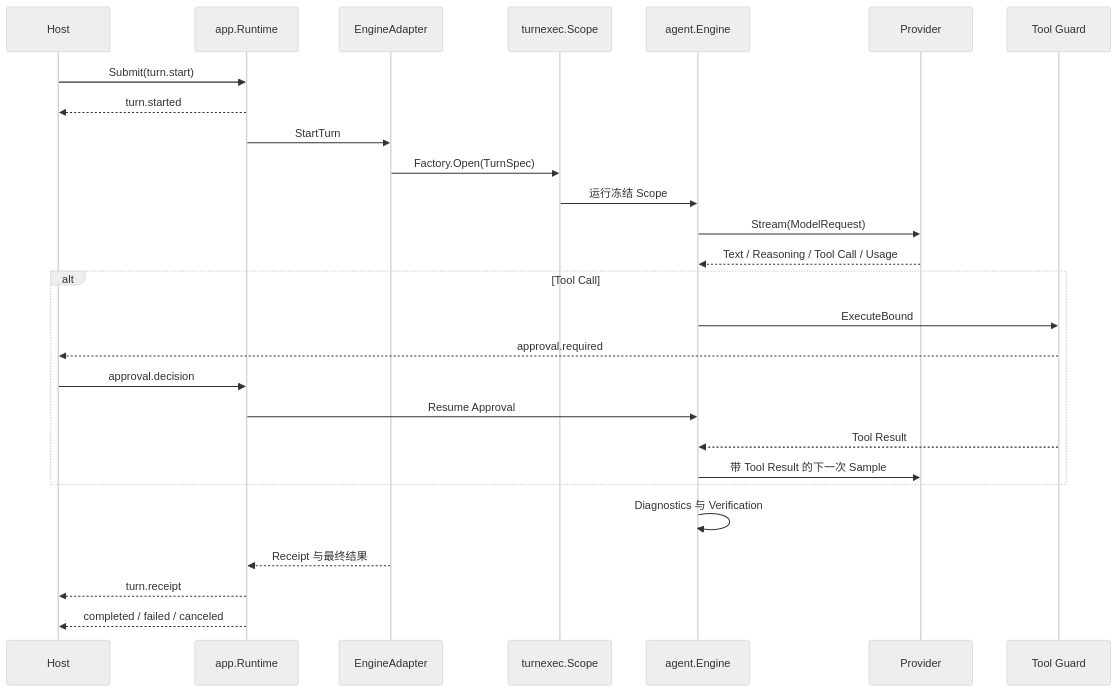
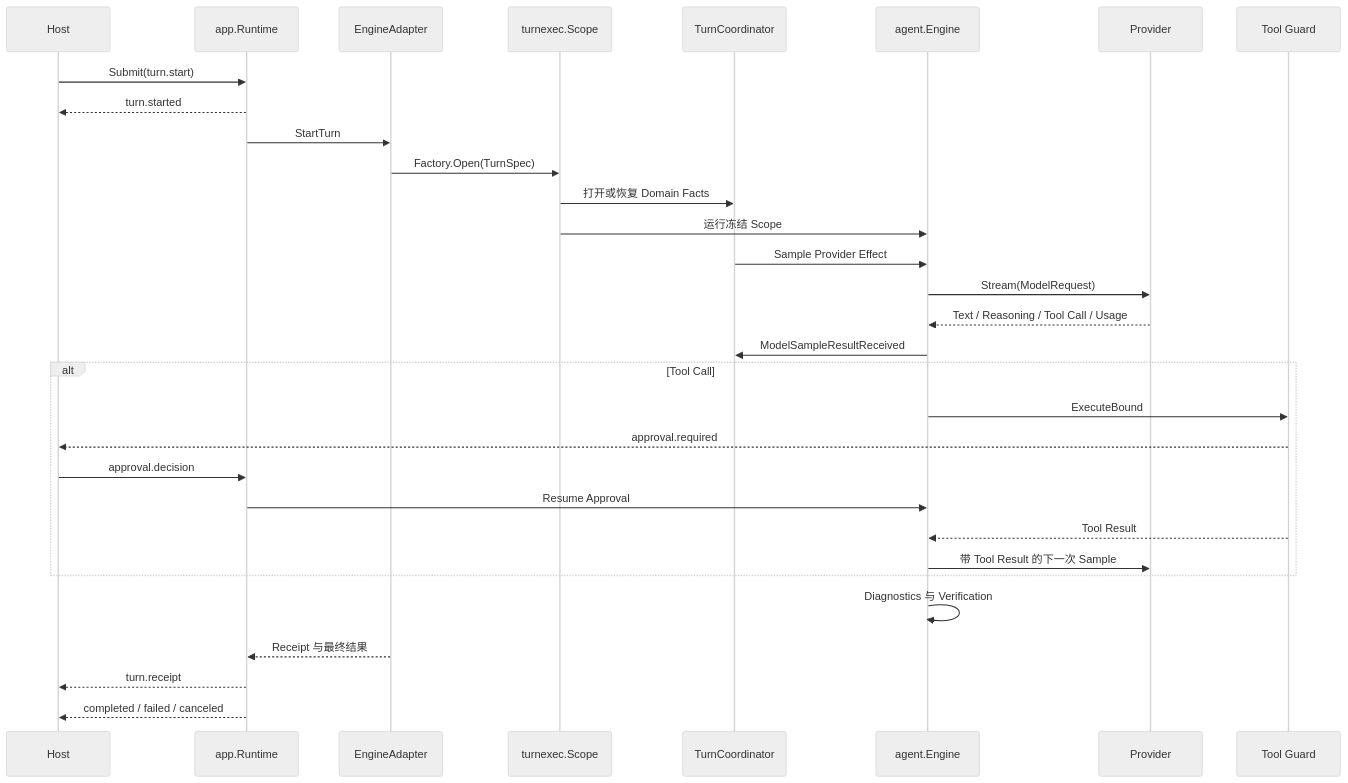
The diagram in docs/book/zh-CN/02-codehelper-overview/05-turn-lifecycle.md (fwtllh-png/CodeHelper), drawn with Mermaid (neutral theme) before and after one commit. The commit also changed other lines of this file and 14 other files, not shown here.

````diff
--- a/docs/book/zh-CN/02-codehelper-overview/05-turn-lifecycle.md
+++ b/docs/book/zh-CN/02-codehelper-overview/05-turn-lifecycle.md
@@ -72,29 +77,33 @@
 ```mermaid
 sequenceDiagram
     participant H as Host
     participant R as app.Runtime
     participant A as EngineAdapter
     participant S as turnexec.Scope
+    participant K as TurnCoordinator
     participant E as agent.Engine
     participant M as Provider
     participant G as Tool Guard
     H->>R: Submit(turn.start)
     R-->>H: turn.started
     R->>A: StartTurn
     A->>S: Factory.Open(TurnSpec)
+    S->>K: 打开或恢复 Domain Facts
     S->>E: 运行冻结 Scope
+    K->>E: Sample Provider Effect
     E->>M: Stream(ModelRequest)
     M-->>E: Text / Reasoning / Tool Call / Usage
+    E->>K: ModelSampleResultReceived
     alt Tool Call
         E->>G: ExecuteBound
         G-->>H: approval.required
         H->>R: approval.decision
         R->>E: Resume Approval
         G-->>E: Tool Result
         E->>M: 带 Tool Result 的下一次 Sample
     end
     E->>E: Diagnostics 与 Verification
     A-->>R: Receipt 与最终结果
     R-->>H: turn.receipt
     R-->>H: completed / failed / canceled
 ```
````
